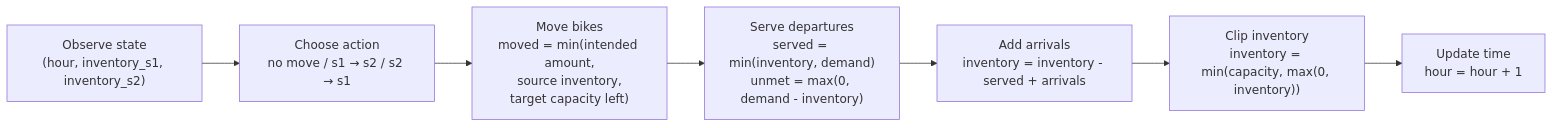
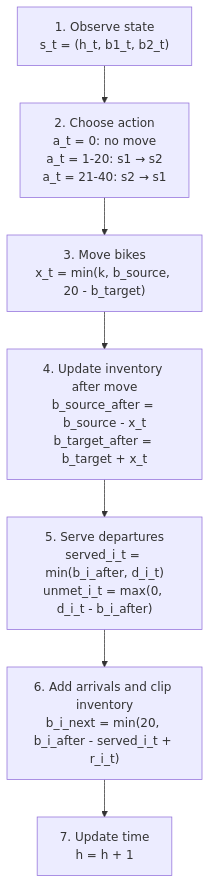
Before and after one commit to Cookie460/citibike-rl: the diagram in README.md, drawn with Mermaid. The commit also changed other lines of this file, not shown here.

````diff
--- a/README.md
+++ b/README.md
@@ -153,12 +153,12 @@
 ```mermaid
-flowchart LR
-    A["Observe state<br/>(hour, inventory_s1, inventory_s2)"]
-    B["Choose action<br/>no move / s1 → s2 / s2 → s1"]
-    C["Move bikes<br/>moved = min(intended amount,<br/>source inventory,<br/>target capacity left)"]
-    D["Serve departures<br/>served = min(inventory, demand)<br/>unmet = max(0, demand - inventory)"]
-    E["Add arrivals<br/>inventory = inventory - served + arrivals"]
-    F["Clip inventory<br/>inventory = min(capacity, max(0, inventory))"]
-    G["Update time<br/>hour = hour + 1"]
+flowchart TB
+    A["1. Observe state<br/>s_t = (h_t, b1_t, b2_t)"]
+    B["2. Choose action<br/>a_t = 0: no move<br/>a_t = 1-20: s1 → s2<br/>a_t = 21-40: s2 → s1"]
+    C["3. Move bikes<br/>x_t = min(k, b_source, 20 - b_target)"]
+    D["4. Update inventory after move<br/>b_source_after = b_source - x_t<br/>b_target_after = b_target + x_t"]
+    E["5. Serve departures<br/>served_i_t = min(b_i_after, d_i_t)<br/>unmet_i_t = max(0, d_i_t - b_i_after)"]
+    F["6. Add arrivals and clip inventory<br/>b_i_next = min(20, b_i_after - served_i_t + r_i_t)"]
+    G["7. Update time<br/>h = h + 1"]
 
     A --> B --> C --> D --> E --> F --> G
 ```
````
